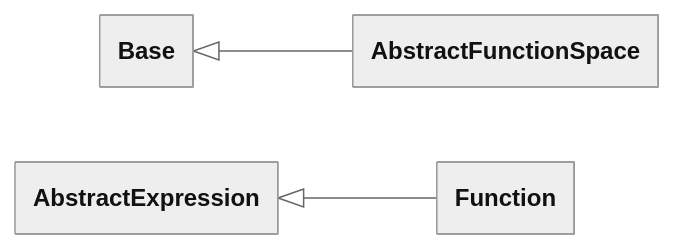
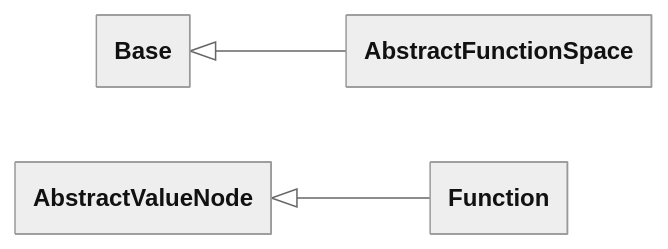
Diagram 11 of 12 in design/language.md (FEniCS/uflx), drawn with Mermaid before and after one commit. The commit also changed other lines of this file and 9 other files, not shown here.

````diff
--- a/design/language.md
+++ b/design/language.md
@@ -4160,16 +4456,16 @@
 ```mermaid
 ---
 config:
   theme: neutral
   look: classic
   class:
     theme: neutral
     look: classic
     hideEmptyMembersBox: true
 ---
 classDiagram
     direction LR
     accTitle: Function spaces class hierarchy
     Base <|-- AbstractFunctionSpace
-    AbstractExpression <|-- Function
+    AbstractValueNode <|-- Function
 ```
````
